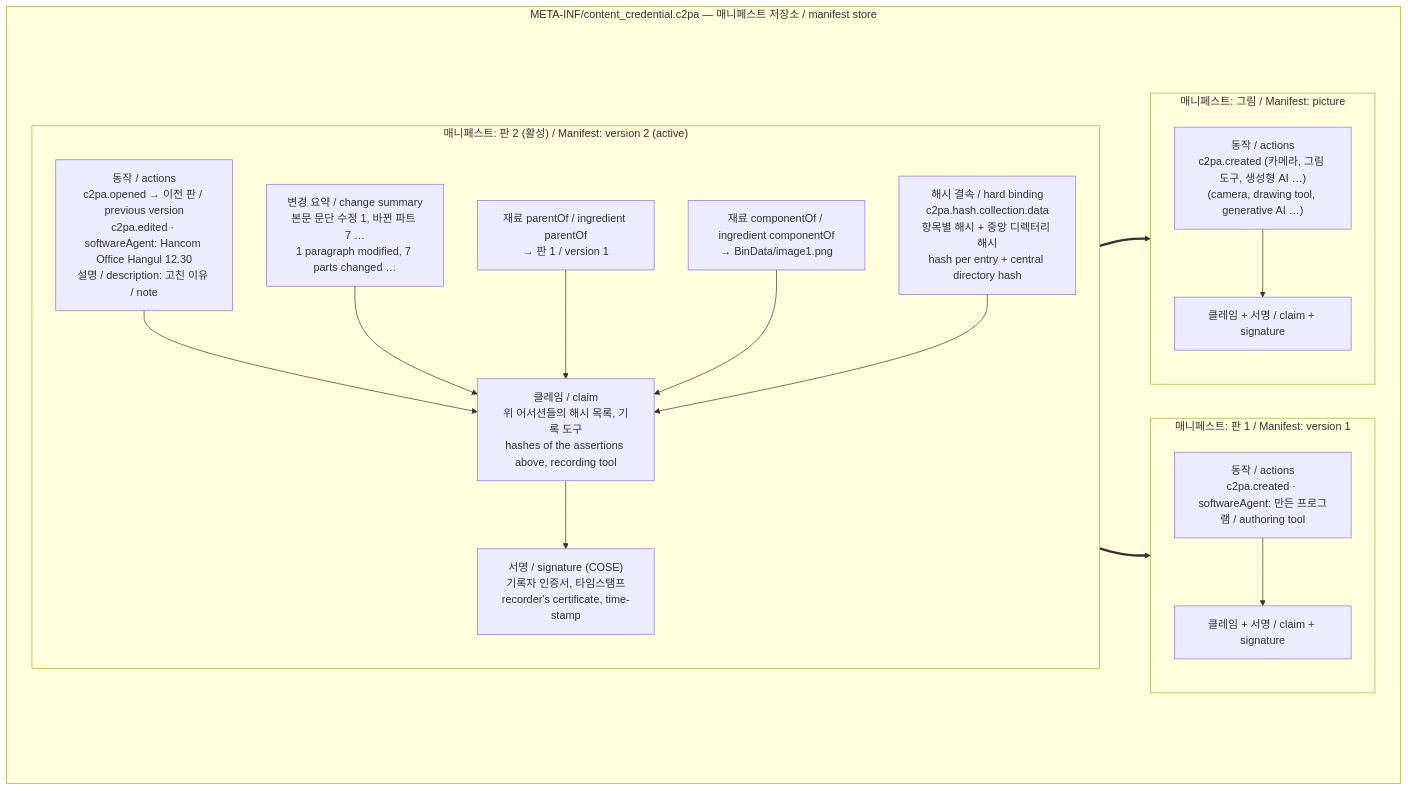
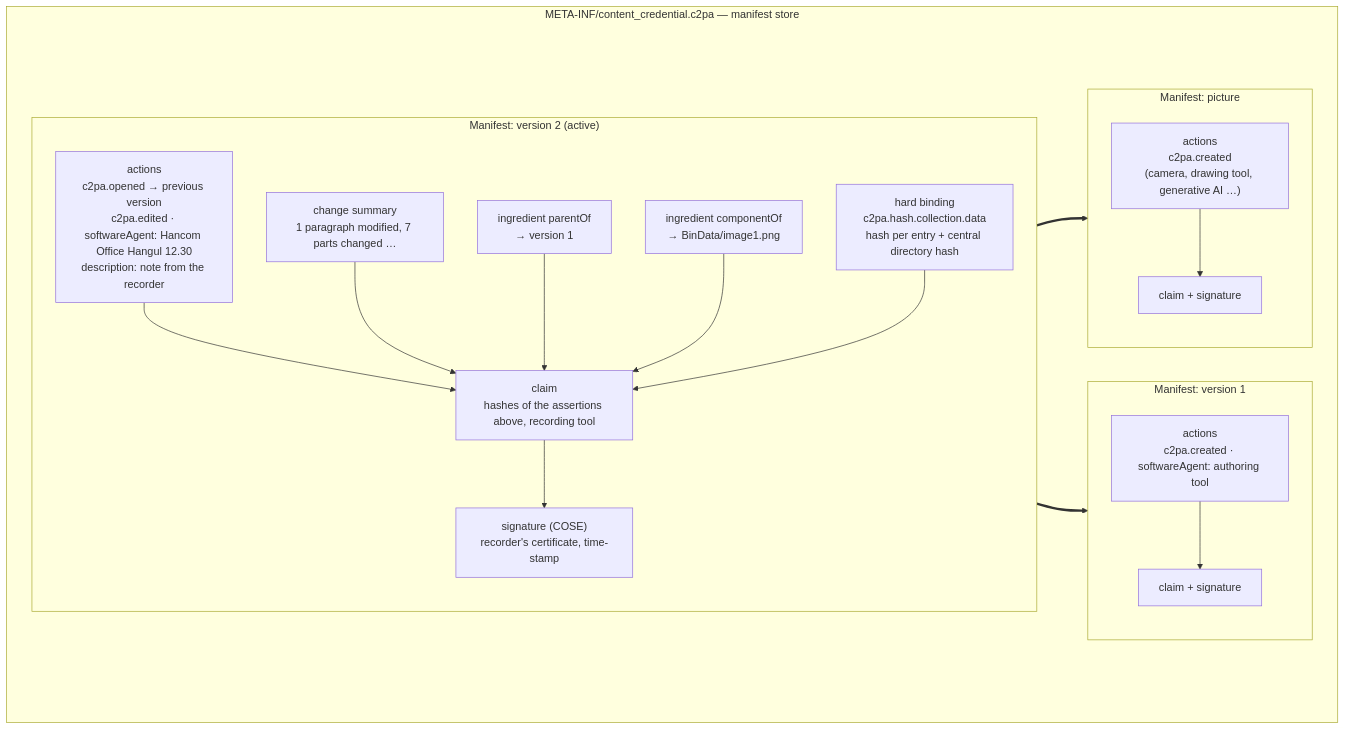
Before and after one commit to speeno/hwpx-c2pa: the second of 5 diagrams in docs/how-it-works.md, drawn with Mermaid. The commit also changed other lines of this file and 9 other files, not shown here.

````diff
--- a/docs/how-it-works.md
+++ b/docs/how-it-works.md
@@ -65,36 +58,36 @@
 ```mermaid
 flowchart LR
-  subgraph STORE["META-INF/content_credential.c2pa — 매니페스트 저장소 / manifest store"]
+  subgraph STORE["META-INF/content_credential.c2pa — manifest store"]
     direction LR
-    subgraph M2["매니페스트: 판 2 (활성) / Manifest: version 2 (active)"]
+    subgraph M2["Manifest: version 2 (active)"]
       direction TB
-      A2["동작 / actions<br/>c2pa.opened → 이전 판 / previous version<br/>c2pa.edited · softwareAgent: Hancom Office Hangul 12.30<br/>설명 / description: 고친 이유 / note"]
-      CH2["변경 요약 / change summary<br/>본문 문단 수정 1, 바뀐 파트 7 …<br/>1 paragraph modified, 7 parts changed …"]
-      I2P["재료 parentOf / ingredient parentOf<br/>→ 판 1 / version 1"]
-      I2C["재료 componentOf / ingredient componentOf<br/>→ BinData/image1.png"]
-      H2["해시 결속 / hard binding<br/>c2pa.hash.collection.data<br/>항목별 해시 + 중앙 디렉터리 해시<br/>hash per entry + central directory hash"]
-      CL2["클레임 / claim<br/>위 어서션들의 해시 목록, 기록 도구<br/>hashes of the assertions above, recording tool"]
-      S2["서명 / signature (COSE)<br/>기록자 인증서, 타임스탬프<br/>recorder's certificate, time-stamp"]
+      A2["actions<br/>c2pa.opened → previous version<br/>c2pa.edited · softwareAgent: Hancom Office Hangul 12.30<br/>description: note from the recorder"]
+      CH2["change summary<br/>1 paragraph modified, 7 parts changed …"]
+      I2P["ingredient parentOf<br/>→ version 1"]
+      I2C["ingredient componentOf<br/>→ BinData/image1.png"]
+      H2["hard binding<br/>c2pa.hash.collection.data<br/>hash per entry + central directory hash"]
+      CL2["claim<br/>hashes of the assertions above, recording tool"]
+      S2["signature (COSE)<br/>recorder's certificate, time-stamp"]
       A2 --> CL2
       CH2 --> CL2
       I2P --> CL2
       I2C --> CL2
       H2 --> CL2
       CL2 --> S2
     end
-    subgraph M1["매니페스트: 판 1 / Manifest: version 1"]
+    subgraph M1["Manifest: version 1"]
       direction TB
-      A1["동작 / actions<br/>c2pa.created · softwareAgent: 만든 프로그램 / authoring tool"]
-      S1["클레임 + 서명 / claim + signature"]
+      A1["actions<br/>c2pa.created · softwareAgent: authoring tool"]
+      S1["claim + signature"]
       A1 --> S1
     end
-    subgraph MP["매니페스트: 그림 / Manifest: picture"]
+    subgraph MP["Manifest: picture"]
       direction TB
-      AP["동작 / actions<br/>c2pa.created (카메라, 그림 도구, 생성형 AI …)<br/>(camera, drawing tool, generative AI …)"]
-      SP["클레임 + 서명 / claim + signature"]
+      AP["actions<br/>c2pa.created<br/>(camera, drawing tool, generative AI …)"]
+      SP["claim + signature"]
       AP --> SP
     end
     I2P ==> M1
     I2C ==> MP
   end
 ```
````
